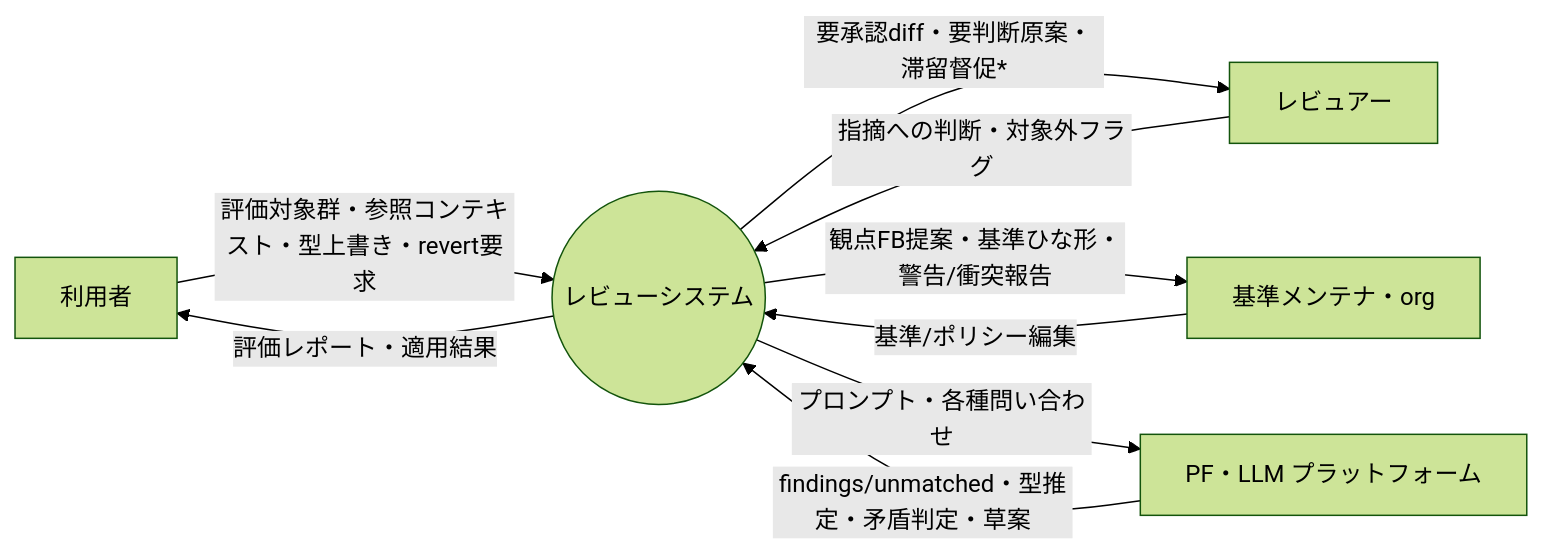
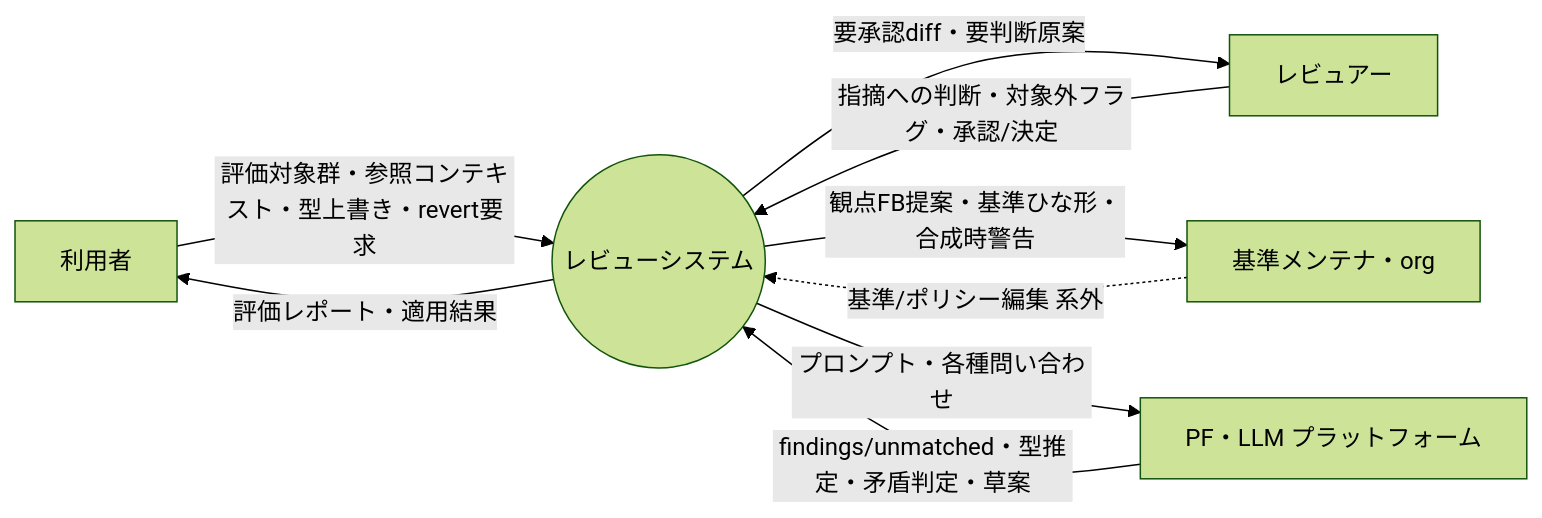
Before and after one commit to hiratashinnya/review-system: the diagram in docs/process/00-context.md, drawn with Mermaid (forest theme). The commit also changed other lines of this file and 6 other files, not shown here.

````diff
--- a/docs/process/00-context.md
+++ b/docs/process/00-context.md
@@ -27,17 +27,17 @@
 ```mermaid
 flowchart LR
   User[利用者]
   Reviewer[レビュアー]
   Maintainer[基準メンテナ・org]
   PF[PF・LLM プラットフォーム]
   S((レビューシステム))
 
   User -->|評価対象群・参照コンテキスト・型上書き・revert要求| S
   S -->|評価レポート・適用結果| User
-  Reviewer -->|指摘への判断・対象外フラグ| S
-  S -->|要承認diff・要判断原案・滞留督促*| Reviewer
-  Maintainer -->|基準/ポリシー編集| S
-  S -->|観点FB提案・基準ひな形・警告/衝突報告| Maintainer
+  Reviewer -->|指摘への判断・対象外フラグ・承認/決定| S
+  S -->|要承認diff・要判断原案| Reviewer
+  Maintainer -.->|基準/ポリシー編集 系外| S
+  S -->|観点FB提案・基準ひな形・合成時警告| Maintainer
   S -->|プロンプト・各種問い合わせ| PF
   PF -->|findings/unmatched・型推定・矛盾判定・草案| S
 ```
````
